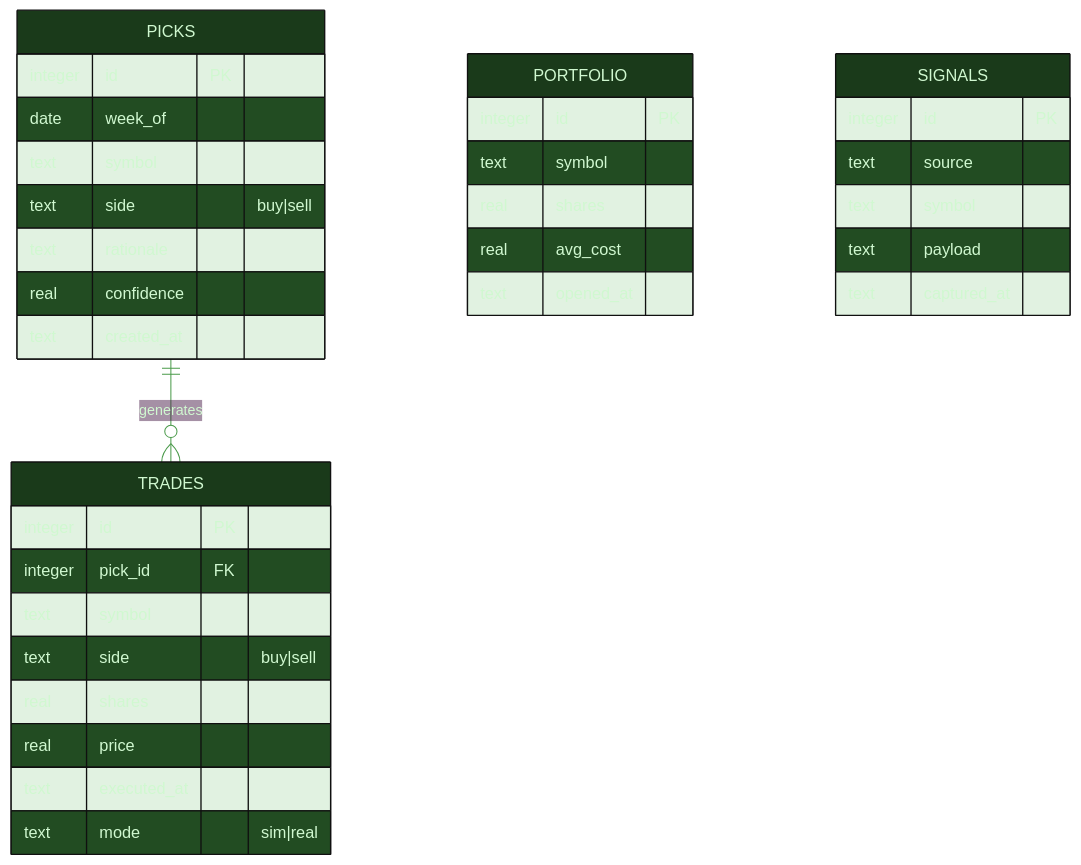
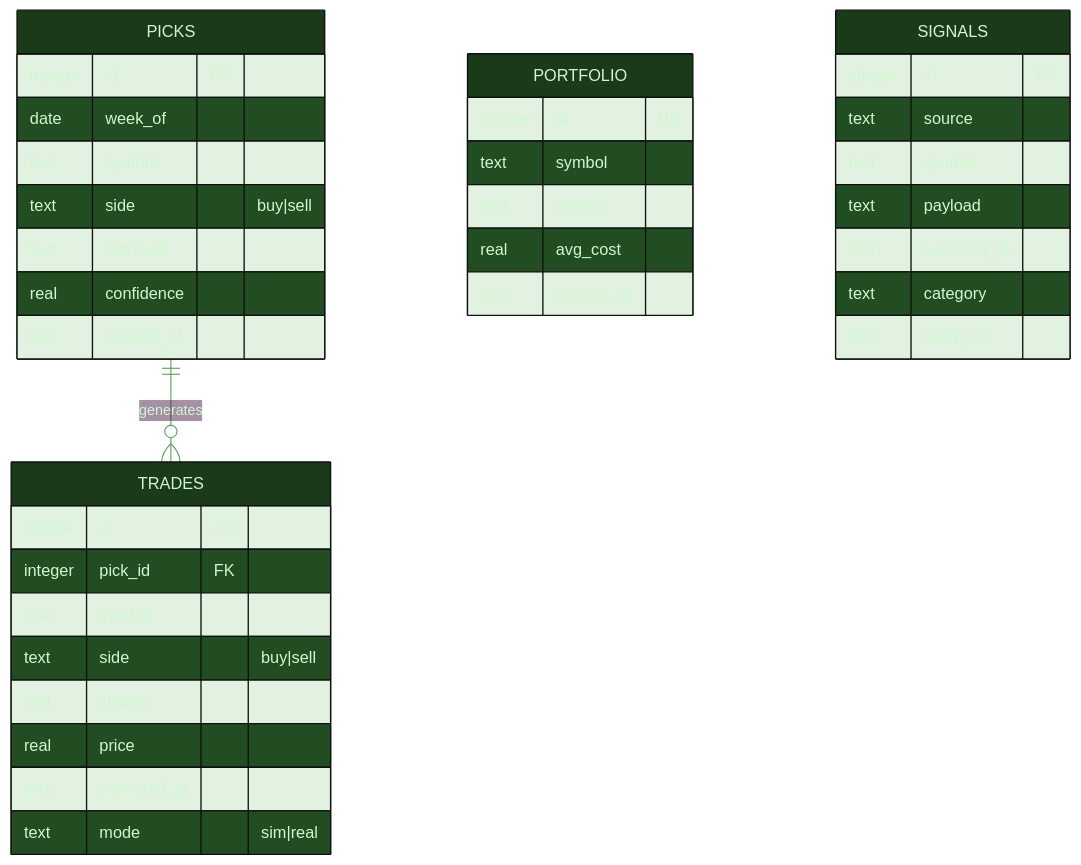
The diagram in diagrams/capital-db-schema.mmd (tylerdrakemusic/-Workspace), drawn with Mermaid before and after one commit. The commit also changed 3 other files, not shown here.

Commit message:
diagrams(FR-20260601-sigma-research-agent): update capital + workspace topology diagrams

```diff
--- a/diagrams/capital-db-schema.mmd
+++ b/diagrams/capital-db-schema.mmd
@@ -1,41 +1,43 @@
 %%{init: {'theme': 'base', 'themeVariables': {'primaryColor': '#1a3a1a', 'primaryTextColor': '#d0f8d0', 'edgeLabelBackground': '#0f1318', 'lineColor': '#4a9a4a'}}}%%
 erDiagram
     PICKS ||--o{ TRADES : generates
 
     PORTFOLIO {
         integer id PK
         text symbol
         real shares
         real avg_cost
         text opened_at
     }
     PICKS {
         integer id PK
         date week_of
         text symbol
         text side "buy|sell"
         text rationale
         real confidence
         text created_at
     }
     TRADES {
         integer id PK
         integer pick_id FK
         text symbol
         text side "buy|sell"
         real shares
         real price
         text executed_at
         text mode "sim|real"
     }
     SIGNALS {
         integer id PK
         text source
         text symbol
         text payload
         text captured_at
+        text category
+        text batch_id
     }
 
     %% sigmacapital.db — SQLCipher, key=SIGMACAPITAL_DB_KEY
     %% CHECK constraints enforce side ∈ {buy,sell} and mode ∈ {sim,real}
     %% mode='real' reserved for future FR after broker-API compliance review
```
